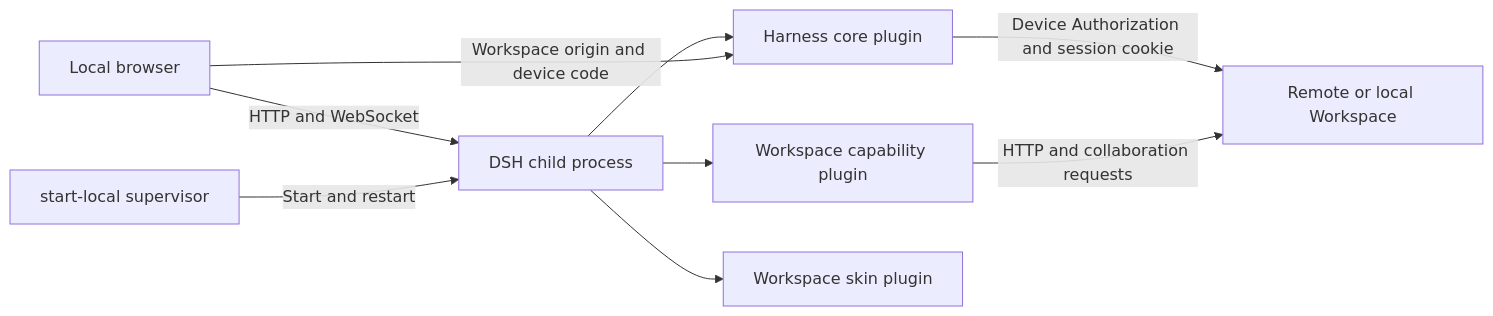
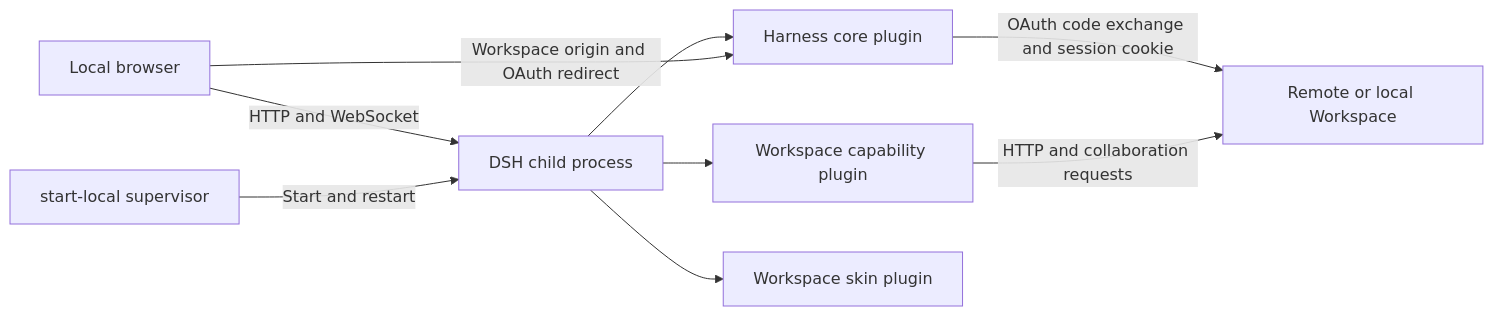
The diagram in apps/harness/README.md (dream-num/univer-workspace), drawn with Mermaid before and after one commit. The commit also changed other lines of this file and 45 other files, not shown here.

````diff
--- a/apps/harness/README.md
+++ b/apps/harness/README.md
@@ -39,11 +39,11 @@
 ```mermaid
 flowchart LR
   Browser[Local browser] -->|HTTP and WebSocket| DSH[DSH child process]
   Supervisor[start-local supervisor] -->|Start and restart| DSH
   DSH --> Core[Harness core plugin]
   DSH --> Capability[Workspace capability plugin]
   DSH --> Skin[Workspace skin plugin]
-  Core -->|Device Authorization and session cookie| Workspace[Remote or local Workspace]
+  Core -->|OAuth code exchange and session cookie| Workspace[Remote or local Workspace]
   Capability -->|HTTP and collaboration requests| Workspace
-  Browser -->|Workspace origin and device code| Core
+  Browser -->|Workspace origin and OAuth redirect| Core
 ```
````
